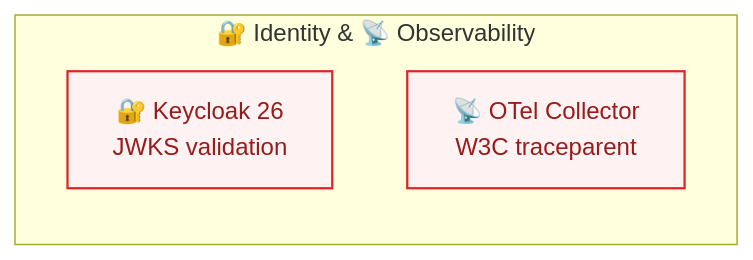
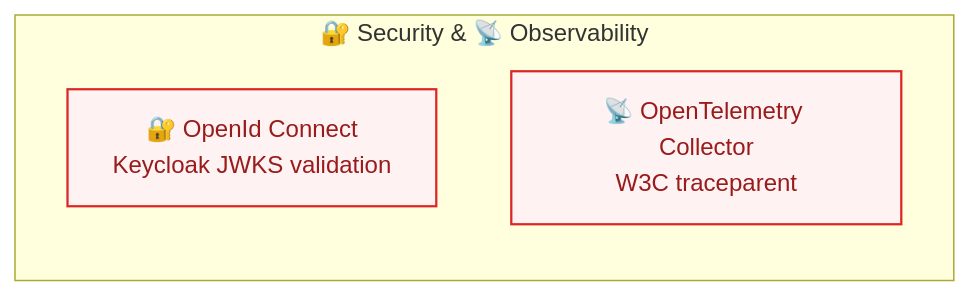
One commit to jrevillard/genie-ai-replica changed the second of 9 diagrams in docs/presentations/genie-ai-sovereign-architecture.md. Above: the diagram before and after it, drawn with Mermaid. The commit also changed other lines of this file and 3 other files, not shown here.

````diff
--- a/docs/presentations/genie-ai-sovereign-architecture.md
+++ b/docs/presentations/genie-ai-sovereign-architecture.md
@@ -221,10 +267,10 @@
 ```mermaid
 flowchart LR
-  subgraph RAILS ["🔐 Identity & 📡 Observability"]
-    KC["🔐 Keycloak 26<br/>JWKS validation"]:::rail
-    OTEL["📡 OTel Collector<br/>W3C traceparent"]:::rail
+  subgraph RAILS ["🔐 Security & 📡 Observability"]
+    KC["🔐 OpenId Connect<br/>Keycloak JWKS validation"]:::rail
+    OTEL["📡 OpenTelemetry Collector<br/>W3C traceparent"]:::rail
   end
 
 classDef rail fill:#fef2f2,stroke:#dc2626,stroke-width:1.5px,color:#991b1b;
 
 ```
````
